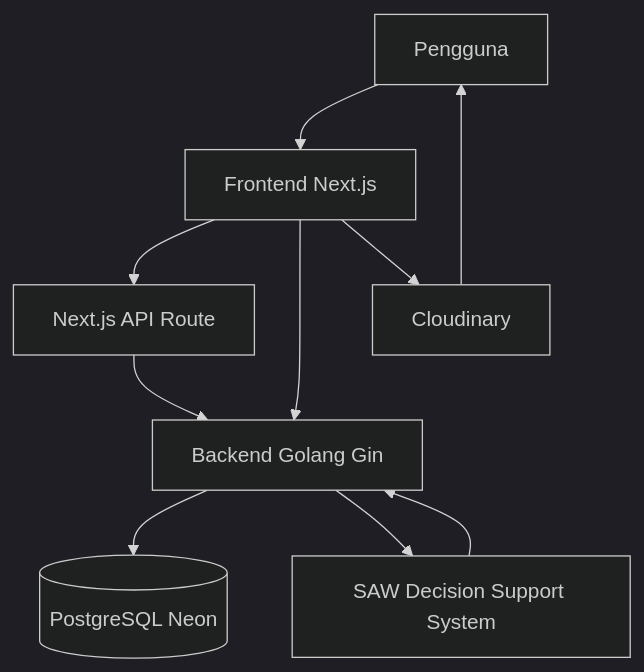
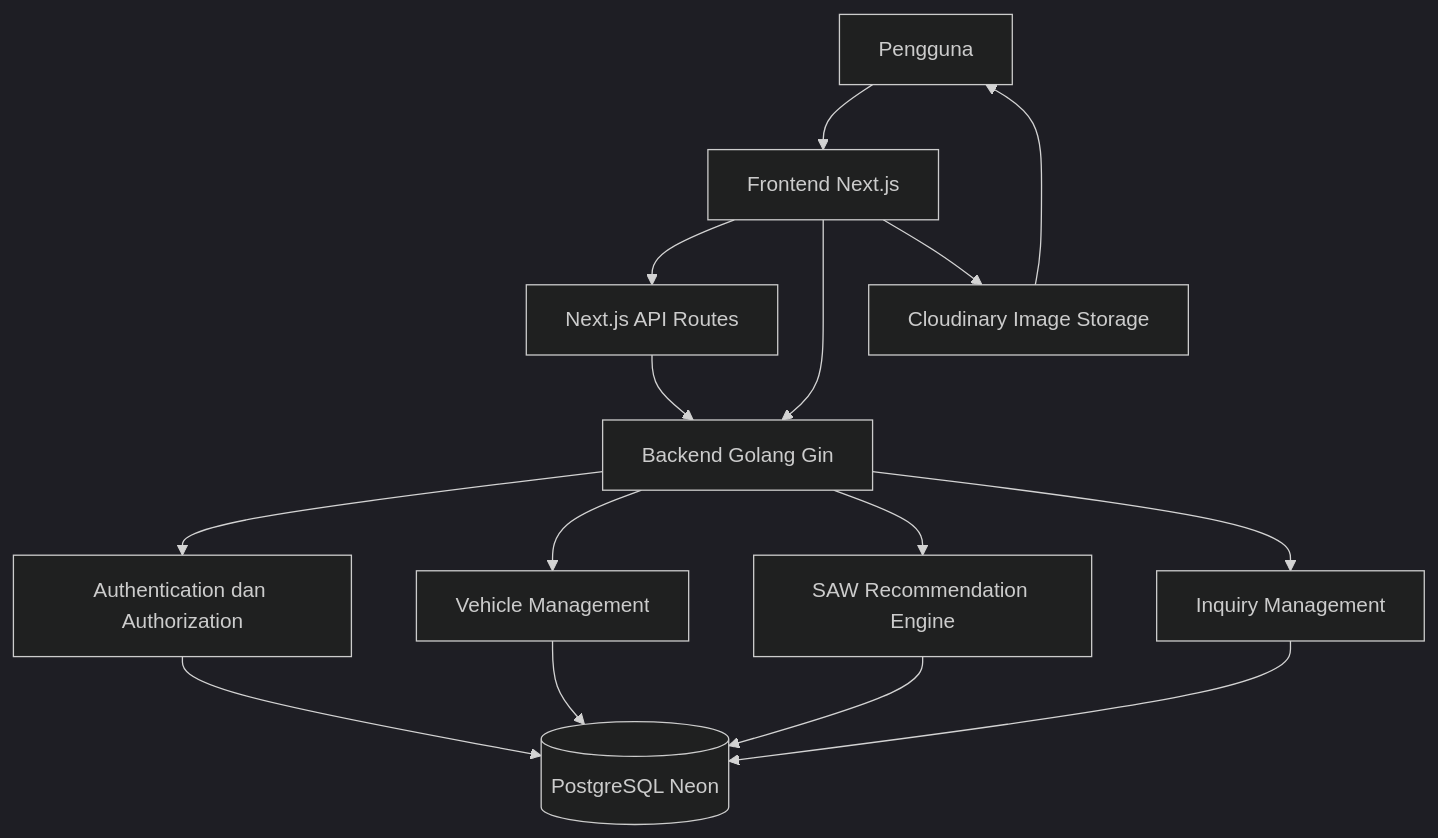
The first of 5 diagrams in README.md (ermilaamanda102/autodrive), drawn with Mermaid (dark theme) before and after one commit. The commit also changed other lines of this file, not shown here.

````diff
--- a/README.md
+++ b/README.md
@@ -134,12 +276,23 @@
 ```mermaid
 flowchart TD
-    A[Pengguna] --> B[Frontend Next.js]
-    B --> C[Next.js API Route]
+    A[Pengguna]
+
+    A --> B[Frontend Next.js]
+
+    B --> C[Next.js API Routes]
     B --> D[Backend Golang Gin]
     C --> D
-    D --> E[(PostgreSQL Neon)]
-    D --> F[SAW Decision Support System]
-    F --> D
-    B --> G[Cloudinary]
-    G --> A
+
+    D --> E[Authentication dan Authorization]
+    D --> F[Vehicle Management]
+    D --> G[SAW Recommendation Engine]
+    D --> H[Inquiry Management]
+
+    E --> I[(PostgreSQL Neon)]
+    F --> I
+    G --> I
+    H --> I
+
+    B --> J[Cloudinary Image Storage]
+    J --> A
 ```
````
